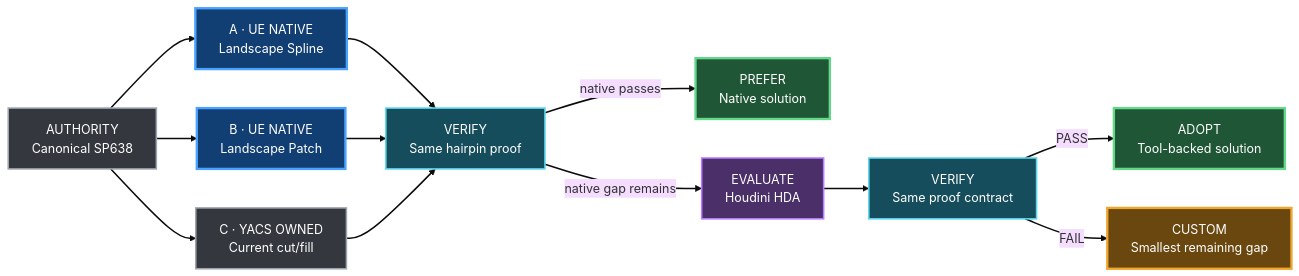
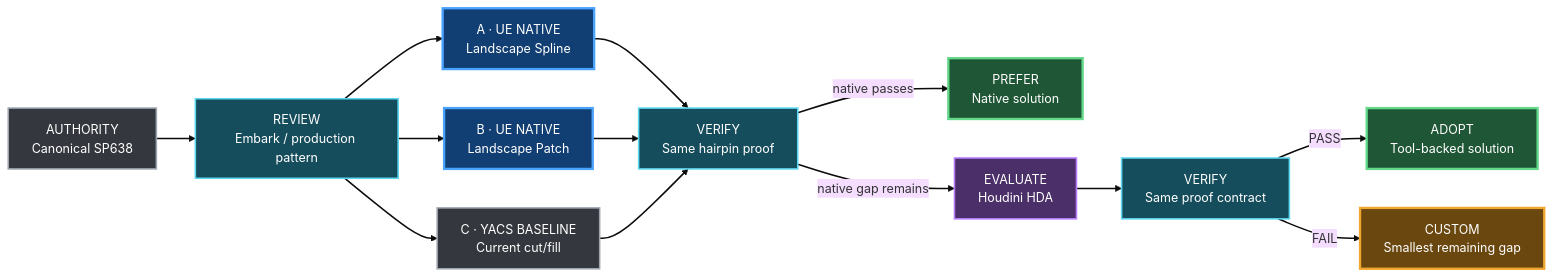
Before and after one commit to karnalooch/YetAnotherCyclingSim: the fifth of 8 diagrams in docs/WORLD_BUILDING_BIBLE.md, drawn with Mermaid (base theme). The commit also changed other lines of this file, not shown here.

Commit message:
docs: align world SSOT with Embark-first policy

````diff
--- a/docs/WORLD_BUILDING_BIBLE.md
+++ b/docs/WORLD_BUILDING_BIBLE.md
@@ -335,32 +338,34 @@
 ```mermaid
 flowchart LR
-    ROAD["AUTHORITY<br/>Canonical SP638"] --> A["A · UE NATIVE<br/>Landscape Spline"]
-    ROAD --> B["B · UE NATIVE<br/>Landscape Patch"]
-    ROAD --> C["C · YACS OWNED<br/>Current cut/fill"]
+    ROAD["AUTHORITY<br/>Canonical SP638"] --> REVIEW["REVIEW<br/>Embark / production pattern"]
+    REVIEW --> A["A · UE NATIVE<br/>Landscape Spline"]
+    REVIEW --> B["B · UE NATIVE<br/>Landscape Patch"]
+    REVIEW --> C["C · YACS BASELINE<br/>Current cut/fill"]
     A --> PROOF["VERIFY<br/>Same hairpin proof"]
     B --> PROOF
     C --> PROOF
     PROOF -->|"native passes"| KEEP["PREFER<br/>Native solution"]
     PROOF -->|"native gap remains"| HDA["EVALUATE<br/>Houdini HDA"]
     HDA --> PROOF2["VERIFY<br/>Same proof contract"]
     PROOF2 -->|"PASS"| KEEP2["ADOPT<br/>Tool-backed solution"]
     PROOF2 -->|"FAIL"| GAP["CUSTOM<br/>Smallest remaining gap"]
 
     classDef input fill:#303846,stroke:#8ea1b8,color:#f7f9fc,stroke-width:2px;
     classDef exec fill:#123f73,stroke:#49a2ff,color:#ffffff,stroke-width:3px;
     classDef tool fill:#4b2f69,stroke:#b77cff,color:#ffffff,stroke-width:2px;
     classDef decision fill:#69470e,stroke:#f0a72f,color:#ffffff,stroke-width:3px;
     classDef success fill:#1f5736,stroke:#63d889,color:#ffffff,stroke-width:3px;
     classDef danger fill:#6b2429,stroke:#ff6b73,color:#ffffff,stroke-width:3px;
     classDef owned fill:#34373d,stroke:#9da4ae,color:#ffffff,stroke-width:2px;
     classDef evidence fill:#164d5c,stroke:#5bd6ef,color:#ffffff,stroke-width:2px;
 
     class ROAD,C owned;
+    class REVIEW evidence;
     class A,B exec;
     class PROOF,PROOF2 evidence;
     class HDA tool;
     class KEEP,KEEP2 success;
     class GAP decision;
 
     linkStyle default stroke-width:2px;
 ```
````
